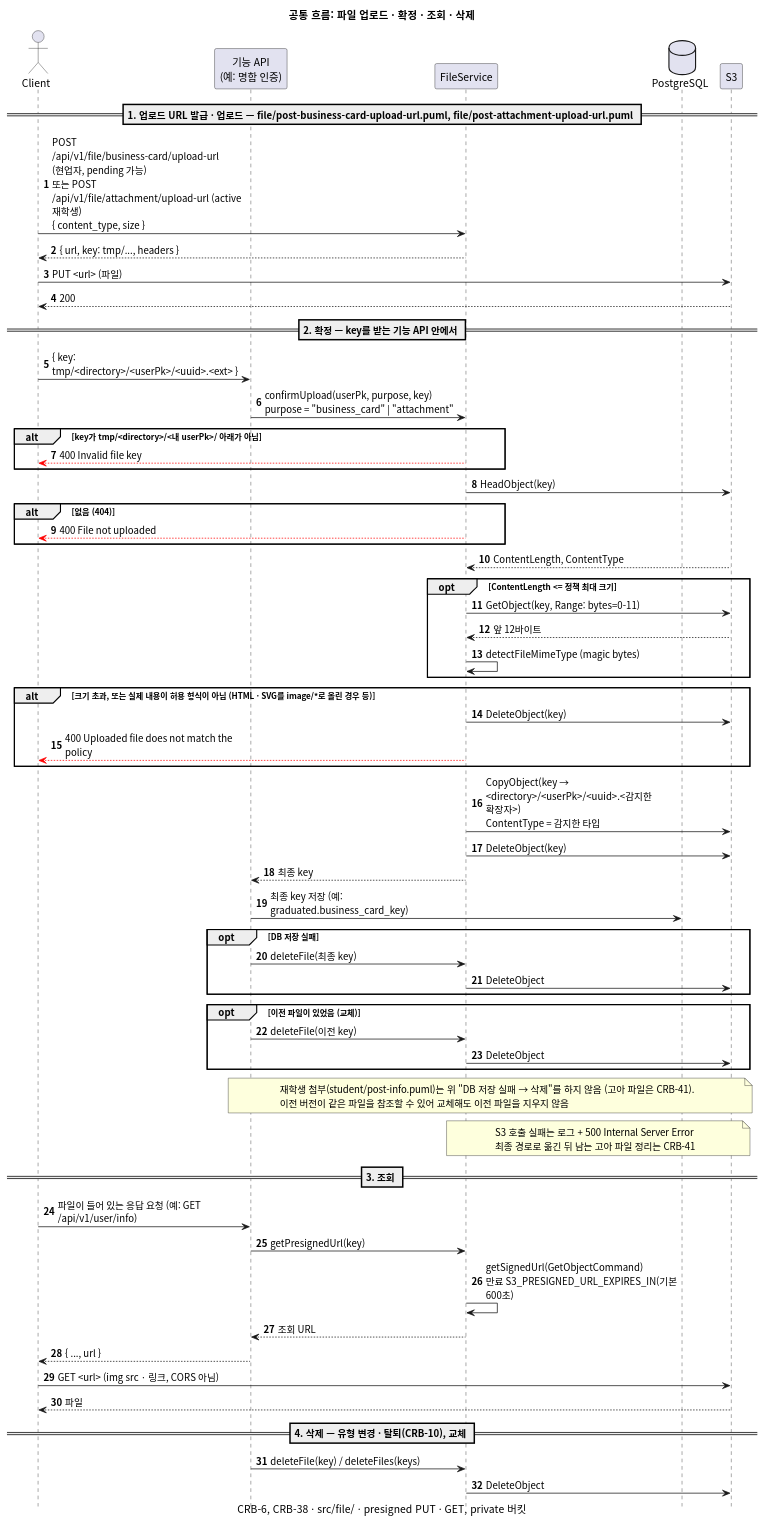
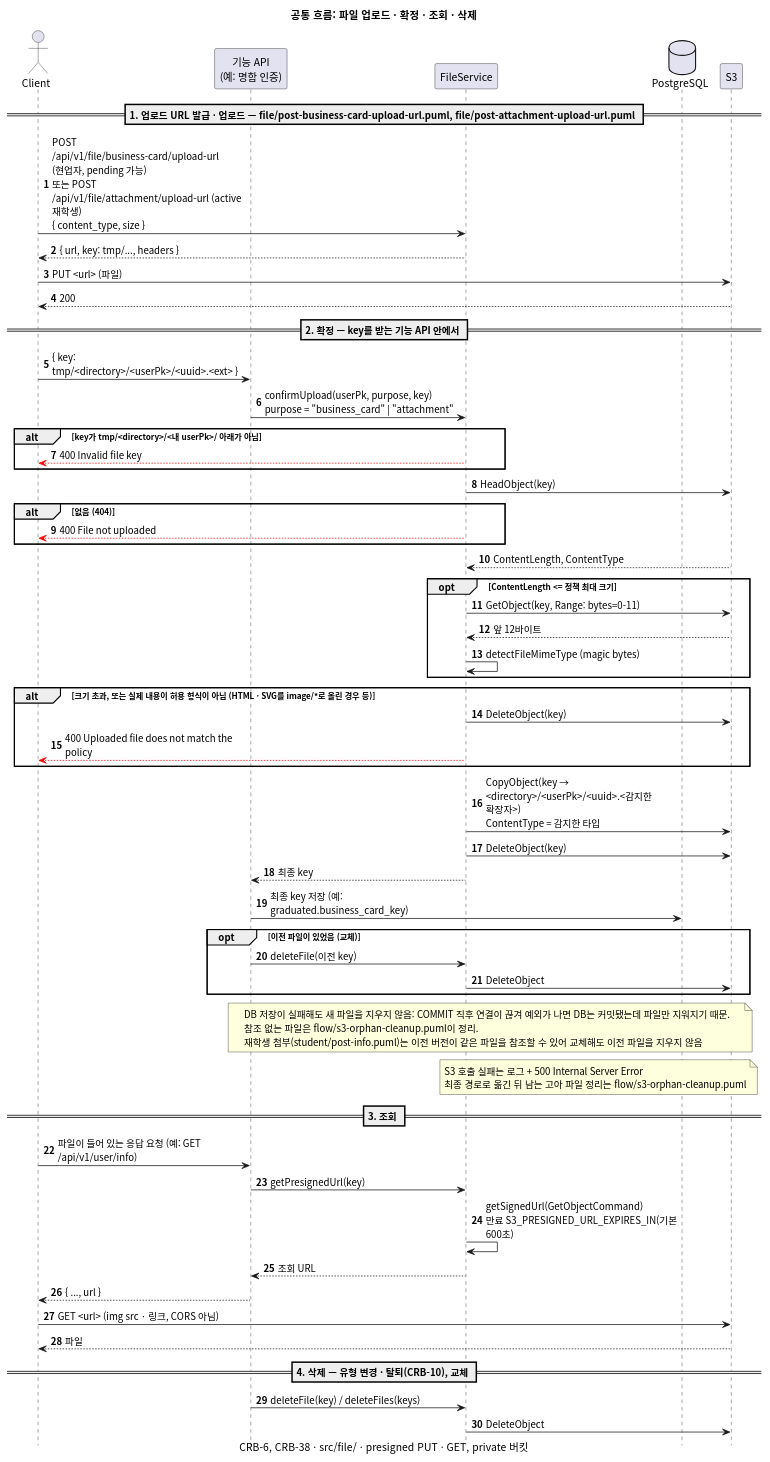
The diagram in docs/sequence/flow/file-upload.puml (gsainfoteam/cheers-be), drawn with PlantUML before and after one commit. The commit also changed 3 other files, not shown here.

```diff
--- a/docs/sequence/flow/file-upload.puml
+++ b/docs/sequence/flow/file-upload.puml
@@ -1,84 +1,81 @@
 @startuml file-upload
 skinparam defaultFontName "Apple SD Gothic Neo", "Noto Sans CJK KR", sans-serif
 skinparam responseMessageBelowArrow true
 skinparam sequenceMessageAlign left
 skinparam maxMessageSize 260
 skinparam BoxPadding 8
 skinparam shadowing false
 autonumber
 hide footbox
 
 title 공통 흐름: 파일 업로드 · 확정 · 조회 · 삭제
 caption CRB-6, CRB-38 · src/file/ · presigned PUT · GET, private 버킷
 
 actor Client
 participant "기능 API\n(예: 명함 인증)" as Feature
 participant "FileService" as Service
 database PostgreSQL
 participant "S3"
 
 == 1. 업로드 URL 발급 · 업로드 — file/post-business-card-upload-url.puml, file/post-attachment-upload-url.puml ==
 
 Client -> Service: POST /api/v1/file/business-card/upload-url (현업자, pending 가능)\n또는 POST /api/v1/file/attachment/upload-url (active 재학생)\n{ content_type, size }
 Service --> Client: { url, key: tmp/..., headers }
 Client -> S3: PUT <url> (파일)
 S3 --> Client: 200
 
 == 2. 확정 — key를 받는 기능 API 안에서 ==
 
 Client -> Feature: { key: tmp/<directory>/<userPk>/<uuid>.<ext> }
 Feature -> Service: confirmUpload(userPk, purpose, key)\npurpose = "business_card" | "attachment"
 alt key가 tmp/<directory>/<내 userPk>/ 아래가 아님
   Service -[#red]-> Client: 400 Invalid file key
 end
 Service -> S3: HeadObject(key)
 alt 없음 (404)
   Service -[#red]-> Client: 400 File not uploaded
 end
 S3 --> Service: ContentLength, ContentType
 opt ContentLength <= 정책 최대 크기
   Service -> S3: GetObject(key, Range: bytes=0-11)
   S3 --> Service: 앞 12바이트
   Service -> Service: detectFileMimeType (magic bytes)
 end
 alt 크기 초과, 또는 실제 내용이 허용 형식이 아님 (HTML · SVG를 image/*로 올린 경우 등)
   Service -> S3: DeleteObject(key)
   Service -[#red]-> Client: 400 Uploaded file does not match the policy
 end
 Service -> S3: CopyObject(key → <directory>/<userPk>/<uuid>.<감지한 확장자>)\nContentType = 감지한 타입
 Service -> S3: DeleteObject(key)
 Service --> Feature: 최종 key
 Feature -> PostgreSQL: 최종 key 저장 (예: graduated.business_card_key)
-opt DB 저장 실패
-  Feature -> Service: deleteFile(최종 key)
-  Service -> S3: DeleteObject
-end
 opt 이전 파일이 있었음 (교체)
   Feature -> Service: deleteFile(이전 key)
   Service -> S3: DeleteObject
 end
 note over Feature, S3
-  재학생 첨부(student/post-info.puml)는 위 "DB 저장 실패 → 삭제"를 하지 않음 (고아 파일은 CRB-41).
-  이전 버전이 같은 파일을 참조할 수 있어 교체해도 이전 파일을 지우지 않음
+  DB 저장이 실패해도 새 파일을 지우지 않음: COMMIT 직후 연결이 끊겨 예외가 나면 DB는 커밋됐는데 파일만 지워지기 때문.
+  참조 없는 파일은 flow/s3-orphan-cleanup.puml이 정리.
+  재학생 첨부(student/post-info.puml)는 이전 버전이 같은 파일을 참조할 수 있어 교체해도 이전 파일을 지우지 않음
 end note
 note over Service, S3
   S3 호출 실패는 로그 + 500 Internal Server Error
-  최종 경로로 옮긴 뒤 남는 고아 파일 정리는 CRB-41
+  최종 경로로 옮긴 뒤 남는 고아 파일 정리는 flow/s3-orphan-cleanup.puml
 end note
 
 == 3. 조회 ==
 
 Client -> Feature: 파일이 들어 있는 응답 요청 (예: GET /api/v1/user/info)
 Feature -> Service: getPresignedUrl(key)
 Service -> Service: getSignedUrl(GetObjectCommand)\n만료 S3_PRESIGNED_URL_EXPIRES_IN(기본 600초)
 Service --> Feature: 조회 URL
 Feature --> Client: { ..., url }
 Client -> S3: GET <url> (img src · 링크, CORS 아님)
 S3 --> Client: 파일
 
 == 4. 삭제 — 유형 변경 · 탈퇴(CRB-10), 교체 ==
 
 Feature -> Service: deleteFile(key) / deleteFiles(keys)
 Service -> S3: DeleteObject
 
 @enduml
```
